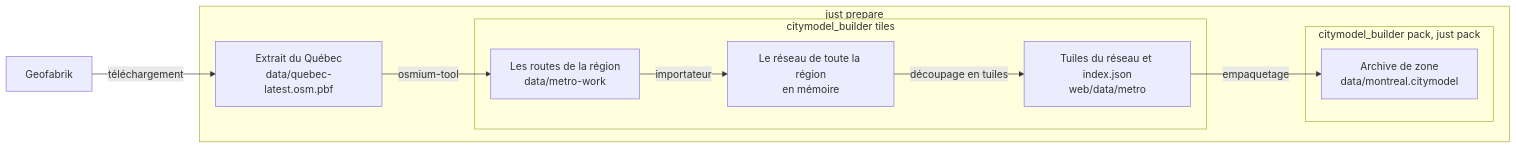
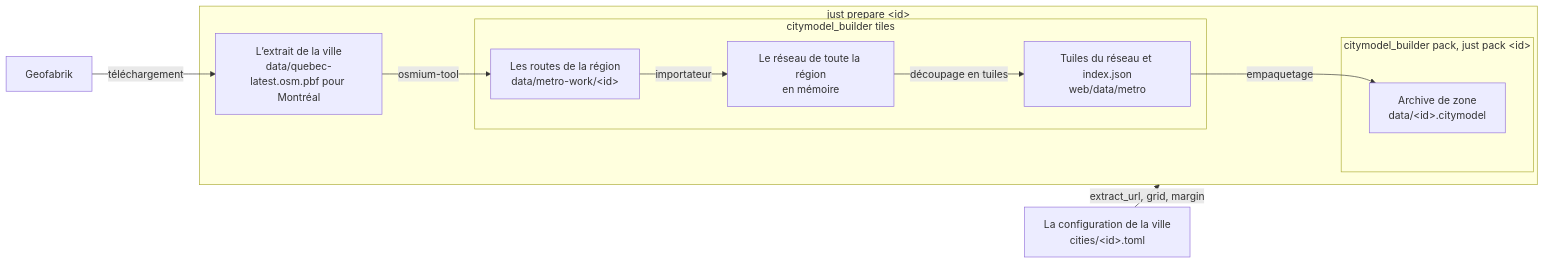
The first of 5 diagrams in website/i18n/fr-CA/docusaurus-plugin-content-docs/current/architecture/runtime.md (alandovskis/cityloom), drawn with Mermaid before and after one commit. The commit also changed other lines of this file and 13 other files, not shown here.

First line of the commit message:
Document `just prepare <city>` and how to add a city (CLM-75)

````diff
--- a/website/i18n/fr-CA/docusaurus-plugin-content-docs/current/architecture/runtime.md
+++ b/website/i18n/fr-CA/docusaurus-plugin-content-docs/current/architecture/runtime.md
@@ -20,20 +22,22 @@
 ```mermaid
 flowchart LR
   geofabrik[Geofabrik]
-  subgraph prepare [just prepare]
-    extract["Extrait du Québec<br/>data/quebec-latest.osm.pbf"]
+  config["La configuration de la ville<br/>cities/&lt;id&gt;.toml"]
+  subgraph prepare [just prepare &lt;id&gt;]
+    extract["L’extrait de la ville<br/>data/quebec-latest.osm.pbf pour Montréal"]
     subgraph tiles [citymodel_builder tiles]
-      roads["Les routes de la région<br/>data/metro-work"]
+      roads["Les routes de la région<br/>data/metro-work/&lt;id&gt;"]
       network["Le réseau de toute la région<br/>en mémoire"]
       metro["Tuiles du réseau et index.json<br/>web/data/metro"]
     end
-    subgraph pack [citymodel_builder pack, just pack]
-      archive["Archive de zone<br/>data/montreal.citymodel"]
+    subgraph pack [citymodel_builder pack, just pack &lt;id&gt;]
+      archive["Archive de zone<br/>data/&lt;id&gt;.citymodel"]
     end
   end
+  config -- extract_url, grid, margin --> prepare
   geofabrik -- téléchargement --> extract
   extract -- osmium-tool --> roads
   roads -- importateur --> network
   network -- découpage en tuiles --> metro
   metro -- empaquetage --> archive
 ```
````
